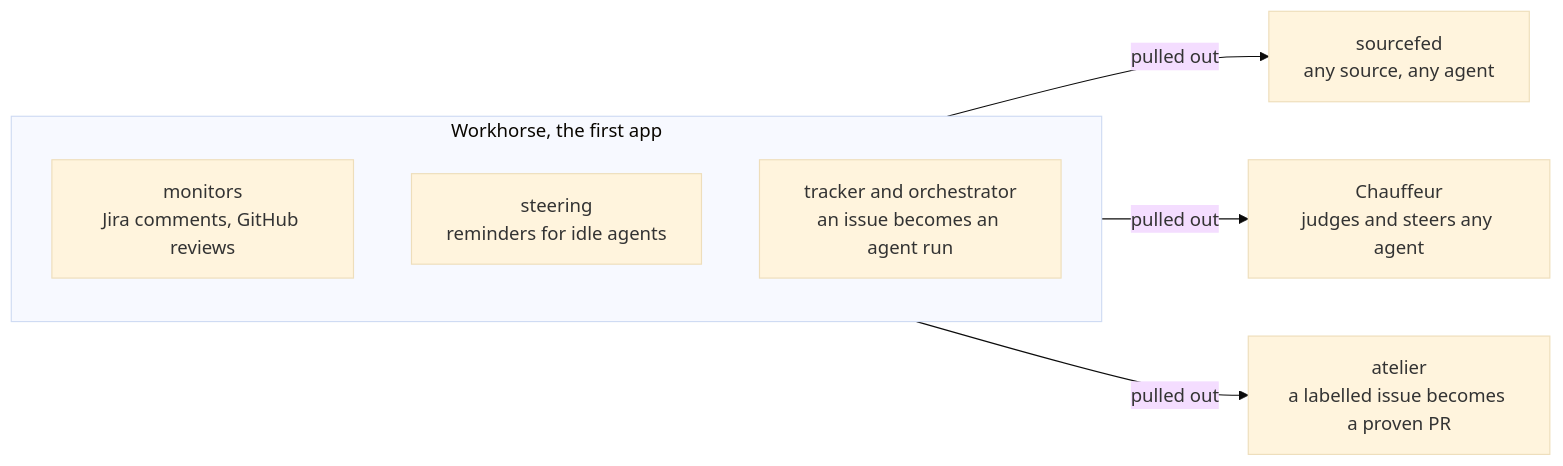
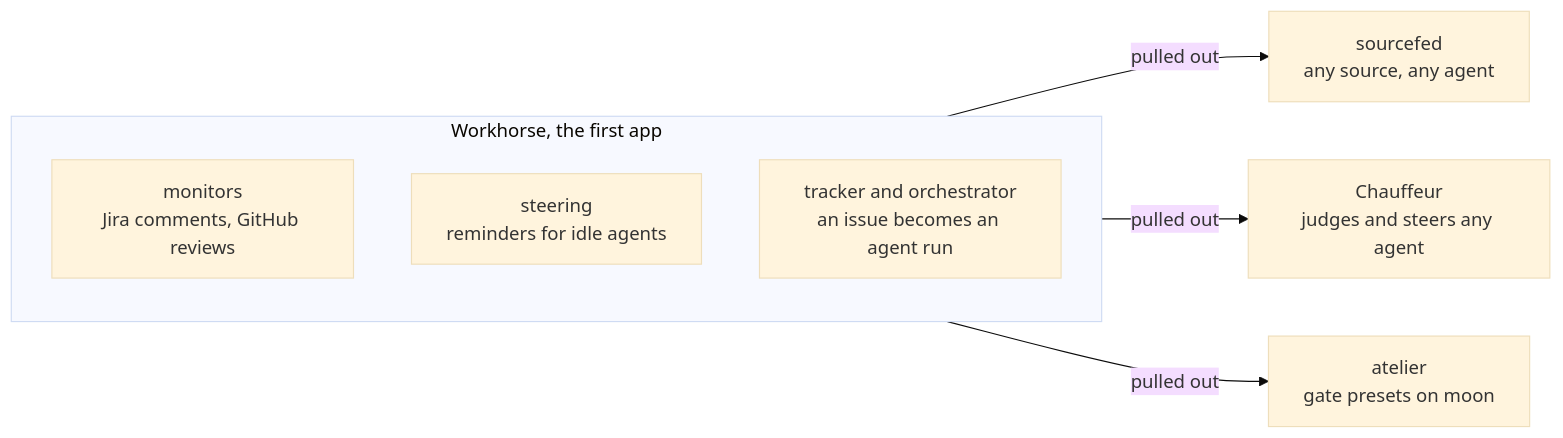
One commit to wrkhse/workhorse changed the first of 6 diagrams in deck/slides.md. Above: the diagram before and after it, drawn with Mermaid (base theme). The commit also changed other lines of this file and 1 other file, not shown here.

First line of the commit message:
docs(deck): describe the redesigned atelier (#59)

````diff
--- a/deck/slides.md
+++ b/deck/slides.md
@@ -40,12 +40,12 @@
 ```mermaid {scale: 0.6}
 flowchart LR
     subgraph First["Workhorse, the first app"]
         direction TB
         M["monitors<br/>Jira comments, GitHub reviews"]
         S["steering<br/>reminders for idle agents"]
         T["tracker and orchestrator<br/>an issue becomes an agent run"]
     end
     M -- "pulled out" --> SF["sourcefed<br/>any source, any agent"]
     S -- "pulled out" --> CH["Chauffeur<br/>judges and steers any agent"]
-    T -- "pulled out" --> AT["atelier<br/>a labelled issue becomes a proven PR"]
+    T -- "pulled out" --> AT["atelier<br/>gate presets on moon"]
 ```
````
